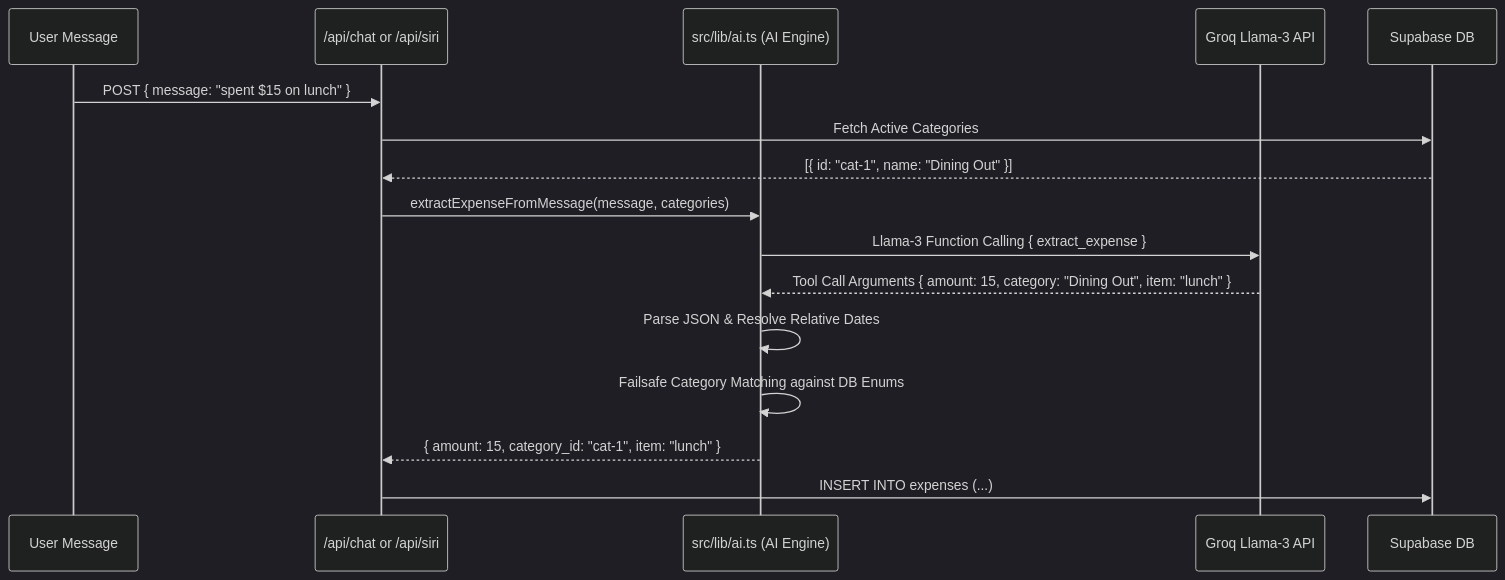
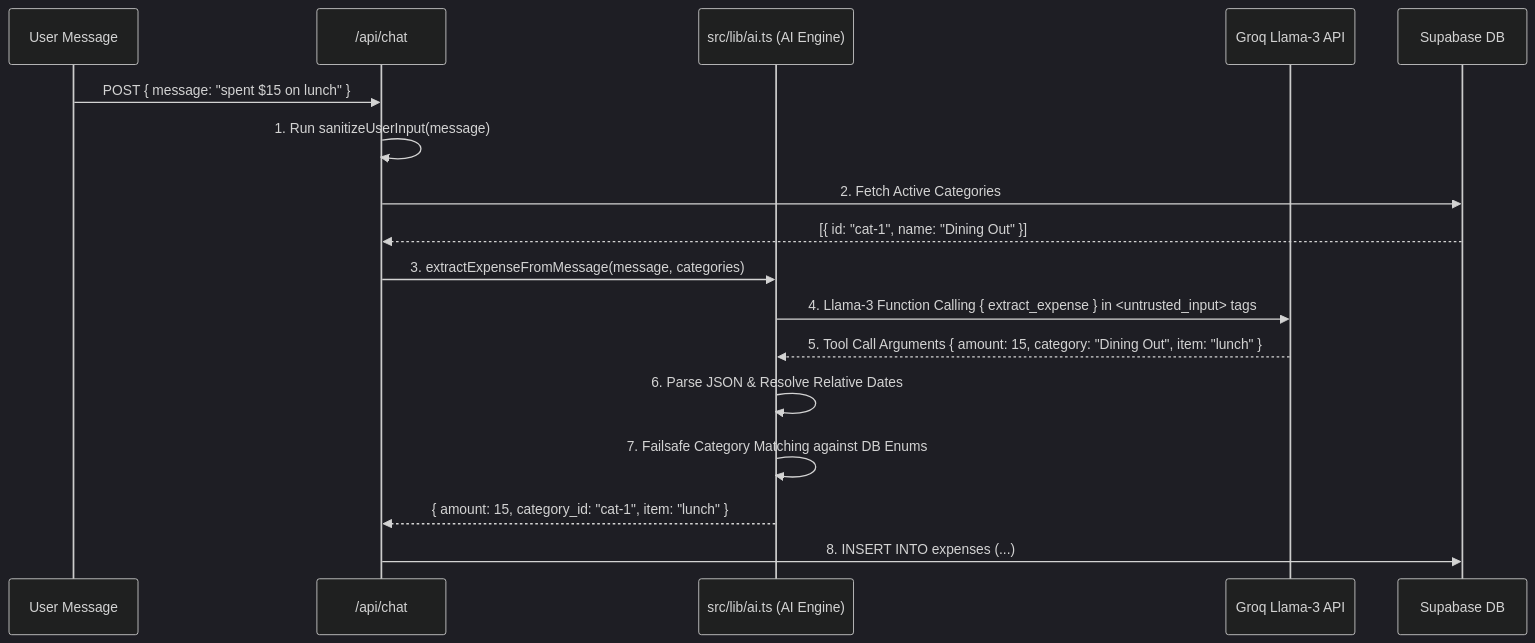
The fourth of 4 diagrams in ARCHITECTURE.md (lilo123/expense-dashboard), drawn with Mermaid (dark theme) before and after one commit. The commit also changed other lines of this file and 1 other file, not shown here.

First line of the commit message:
docs: synchronize system architectural and testing guides with GTM launch baseline

````diff
--- a/ARCHITECTURE.md
+++ b/ARCHITECTURE.md
@@ -208,19 +208,20 @@
 ```mermaid
 sequenceDiagram
     participant Client as User Message
-    participant API as /api/chat or /api/siri
+    participant API as /api/chat
     participant AI as src/lib/ai.ts (AI Engine)
     participant Groq as Groq Llama-3 API
     participant DB as Supabase DB
 
     Client->>API: POST { message: "spent $15 on lunch" }
-    API->>DB: Fetch Active Categories
+    API->>API: 1. Run sanitizeUserInput(message)
+    API->>DB: 2. Fetch Active Categories
     DB-->>API: [{ id: "cat-1", name: "Dining Out" }]
-    API->>AI: extractExpenseFromMessage(message, categories)
-    AI->>Groq: Llama-3 Function Calling { extract_expense }
-    Groq-->>AI: Tool Call Arguments { amount: 15, category: "Dining Out", item: "lunch" }
-    AI->>AI: Parse JSON & Resolve Relative Dates
-    AI->>AI: Failsafe Category Matching against DB Enums
+    API->>AI: 3. extractExpenseFromMessage(message, categories)
+    AI->>Groq: 4. Llama-3 Function Calling { extract_expense } in <untrusted_input> tags
+    Groq-->>AI: 5. Tool Call Arguments { amount: 15, category: "Dining Out", item: "lunch" }
+    AI->>AI: 6. Parse JSON & Resolve Relative Dates
+    AI->>AI: 7. Failsafe Category Matching against DB Enums
     AI-->>API: { amount: 15, category_id: "cat-1", item: "lunch" }
-    API->>DB: INSERT INTO expenses (...)
+    API->>DB: 8. INSERT INTO expenses (...)
 ```
````
